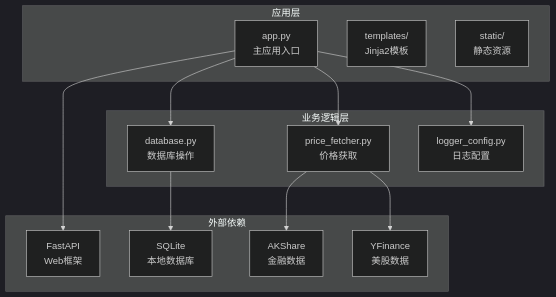
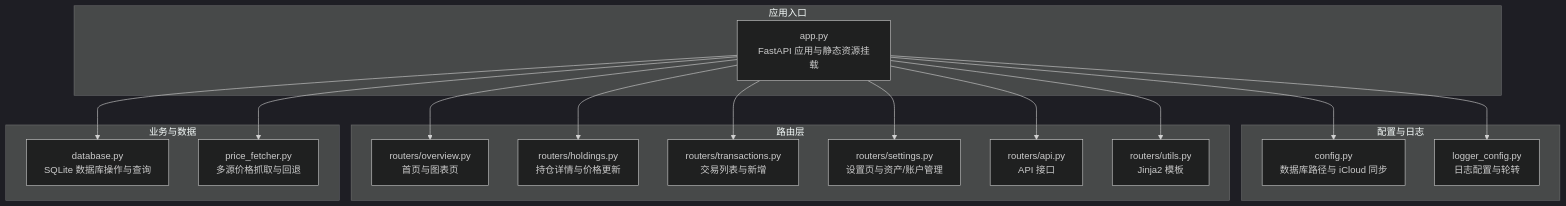
One commit to macrohuang/invest-log changed the first of 7 diagrams in .qoder/repowiki/zh/content/开发者指南/调试工具与技巧.md. Above: the diagram before and after it, drawn with Mermaid (dark theme). The commit also changed other lines of this file and 121 other files, not shown here.

````diff
--- a/.qoder/repowiki/zh/content/开发者指南/调试工具与技巧.md
+++ b/.qoder/repowiki/zh/content/开发者指南/调试工具与技巧.md
@@ -40,26 +37,32 @@
 ```mermaid
 graph TB
-subgraph "应用层"
-APP[app.py<br/>主应用入口]
-TEMPLATES[templates/<br/>Jinja2模板]
-STATIC[static/<br/>静态资源]
+subgraph "应用入口"
+A["app.py<br/>FastAPI 应用与静态资源挂载"]
 end
-subgraph "业务逻辑层"
-DATABASE[database.py<br/>数据库操作]
-PRICEFETCHER[price_fetcher.py<br/>价格获取]
-LOGGER[logger_config.py<br/>日志配置]
+subgraph "配置与日志"
+C["config.py<br/>数据库路径与 iCloud 同步"]
+L["logger_config.py<br/>日志配置与轮转"]
 end
-subgraph "外部依赖"
-FASTAPI[FastAPI<br/>Web框架]
-SQLITE[SQLite<br/>本地数据库]
-AKSHARE[AKShare<br/>金融数据]
-YFINANCE[YFinance<br/>美股数据]
+subgraph "路由层"
+R1["routers/overview.py<br/>首页与图表页"]
+R2["routers/holdings.py<br/>持仓详情与价格更新"]
+R3["routers/transactions.py<br/>交易列表与新增"]
+R4["routers/settings.py<br/>设置页与资产/账户管理"]
+R5["routers/api.py<br/>API 接口"]
+RU["routers/utils.py<br/>Jinja2 模板"]
 end
-APP --> DATABASE
-APP --> PRICEFETCHER
-APP --> LOGGER
-DATABASE --> SQLITE
-PRICEFETCHER --> AKSHARE
-PRICEFETCHER --> YFINANCE
-APP --> FASTAPI
+subgraph "业务与数据"
+D["database.py<br/>SQLite 数据库操作与查询"]
+PF["price_fetcher.py<br/>多源价格抓取与回退"]
+end
+A --> R1
+A --> R2
+A --> R3
+A --> R4
+A --> R5
+A --> RU
+A --> D
+A --> PF
+A --> C
+A --> L
 ```
````
